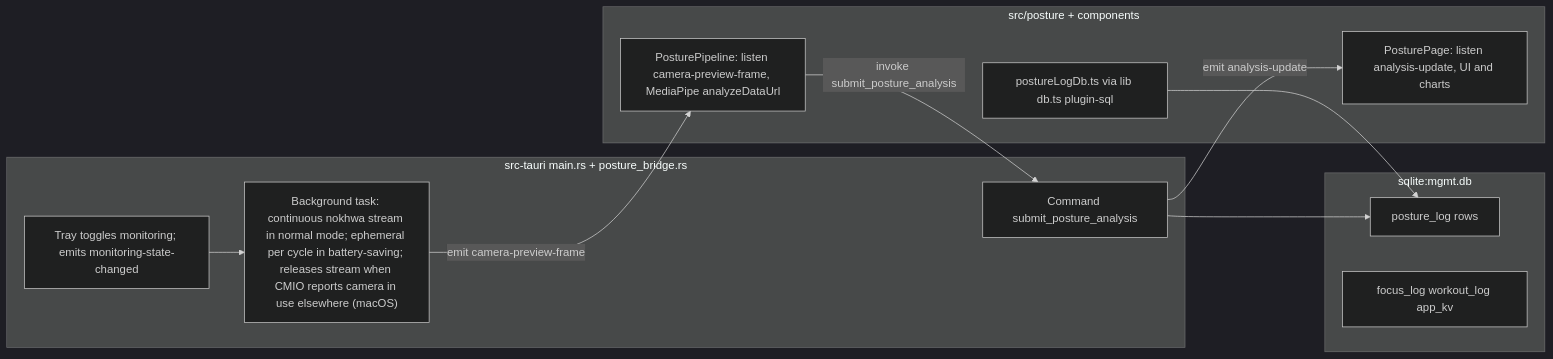
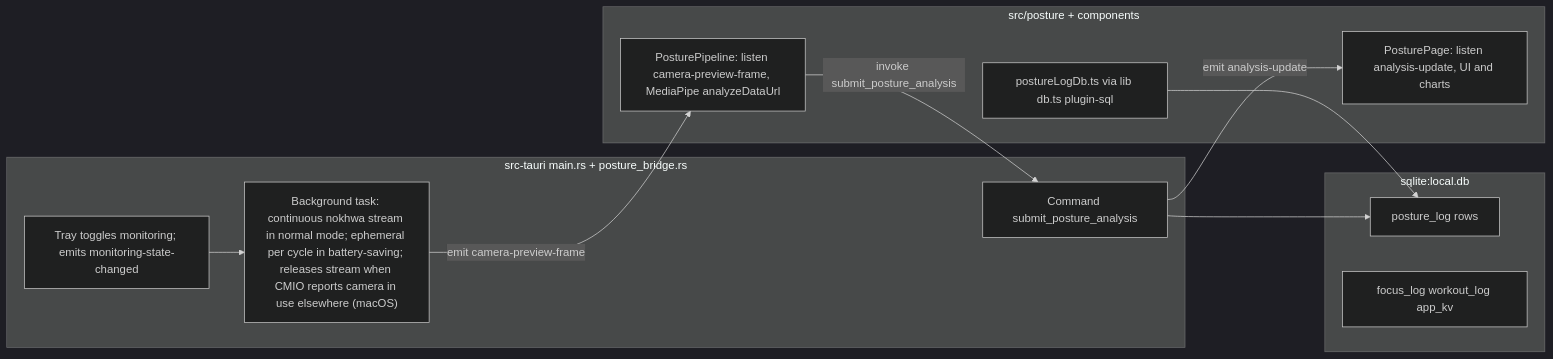
The third of 3 diagrams in docs/ARCHITECTURE.md (jdserenity/management), drawn with Mermaid (dark theme) before and after one commit. The commit also changed other lines of this file and 17 other files, not shown here.

First line of the commit message:
Set up server.db with full user-scoped schema and local.db rename.

````diff
--- a/docs/ARCHITECTURE.md
+++ b/docs/ARCHITECTURE.md
@@ -132,23 +133,23 @@
 ```mermaid
 flowchart LR
   subgraph rust["src-tauri main.rs + posture_bridge.rs"]
     caploop["Background task: continuous nokhwa stream in normal mode; ephemeral per cycle in battery-saving; releases stream when CMIO reports camera in use elsewhere (macOS)"]
     cmd["Command submit_posture_analysis"]
     tray["Tray toggles monitoring; emits monitoring-state-changed"]
   end
   subgraph ts["src/posture + components"]
     pipe["PosturePipeline: listen camera-preview-frame, MediaPipe analyzeDataUrl"]
     page["PosturePage: listen analysis-update, UI and charts"]
     dbread["postureLogDb.ts via lib db.ts plugin-sql"]
   end
-  subgraph store["sqlite:mgmt.db"]
+  subgraph store["sqlite:local.db"]
     logt["posture_log rows"]
     sess["focus_log workout_log app_kv"]
   end
   caploop -->|"emit camera-preview-frame"| pipe
   pipe -->|"invoke submit_posture_analysis"| cmd
   cmd -->|"emit analysis-update"| page
   cmd --> logt
   dbread --> logt
   tray --> caploop
 ```
````
